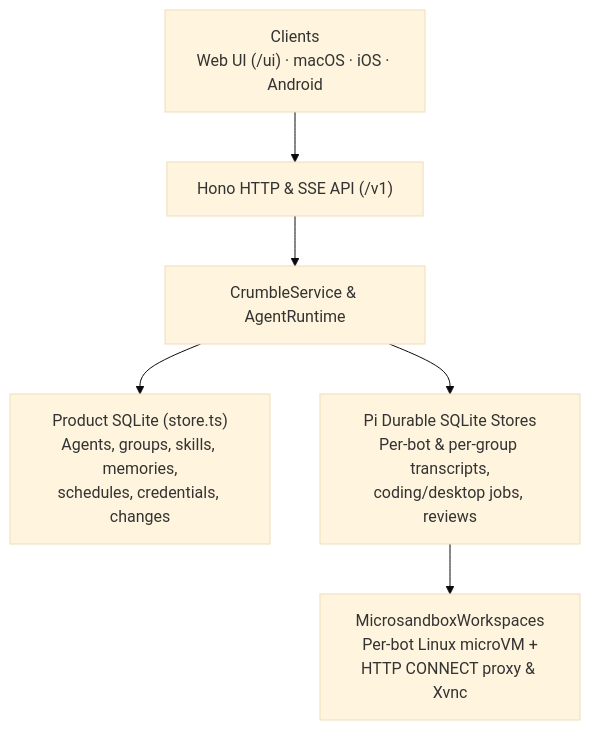
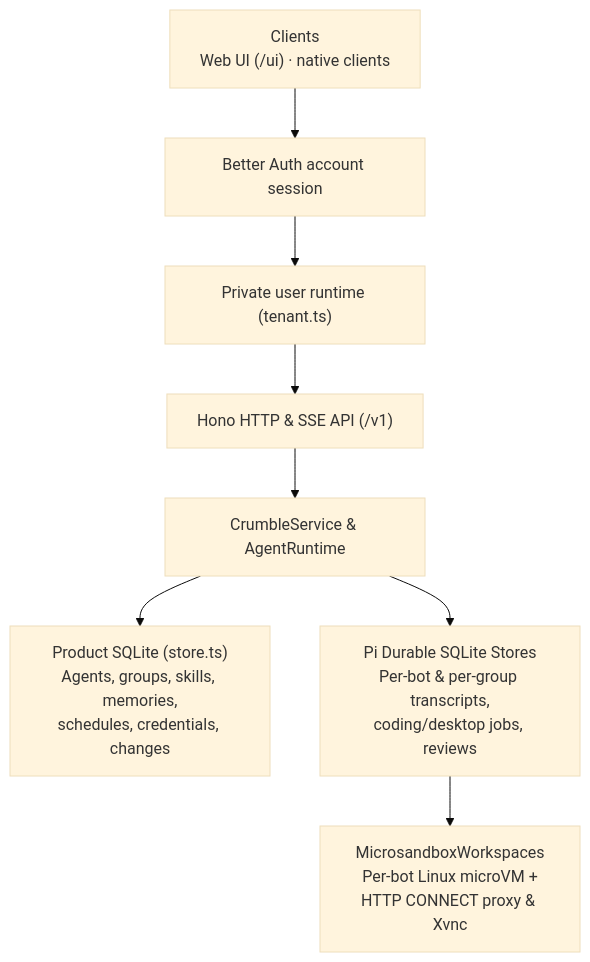
Before and after one commit to crumble-project/bot: the diagram in docs/architecture.md, drawn with Mermaid (base theme). The commit also changed other lines of this file and 28 other files, not shown here.

First line of the commit message:
feat(auth): add multi-user accounts and isolate bot data (#33)

````diff
--- a/docs/architecture.md
+++ b/docs/architecture.md
@@ -5,8 +5,10 @@
 ```mermaid
 flowchart TD
-  Clients["Clients\nWeb UI (/ui) · macOS · iOS · Android"] --> API["Hono HTTP & SSE API (/v1)"]
+  Clients["Clients\nWeb UI (/ui) · native clients"] --> Auth["Better Auth account session"]
+  Auth --> Tenant["Private user runtime (tenant.ts)"]
+  Tenant --> API["Hono HTTP & SSE API (/v1)"]
   API --> Service["CrumbleService & AgentRuntime"]
   Service --> Store["Product SQLite (store.ts)\nAgents, groups, skills, memories,\nschedules, credentials, changes"]
   Service --> Pi["Pi Durable SQLite Stores\nPer-bot & per-group transcripts,\ncoding/desktop jobs, reviews"]
   Pi --> Workspaces["MicrosandboxWorkspaces\nPer-bot Linux microVM +\nHTTP CONNECT proxy & Xvnc"]
 ```
````
